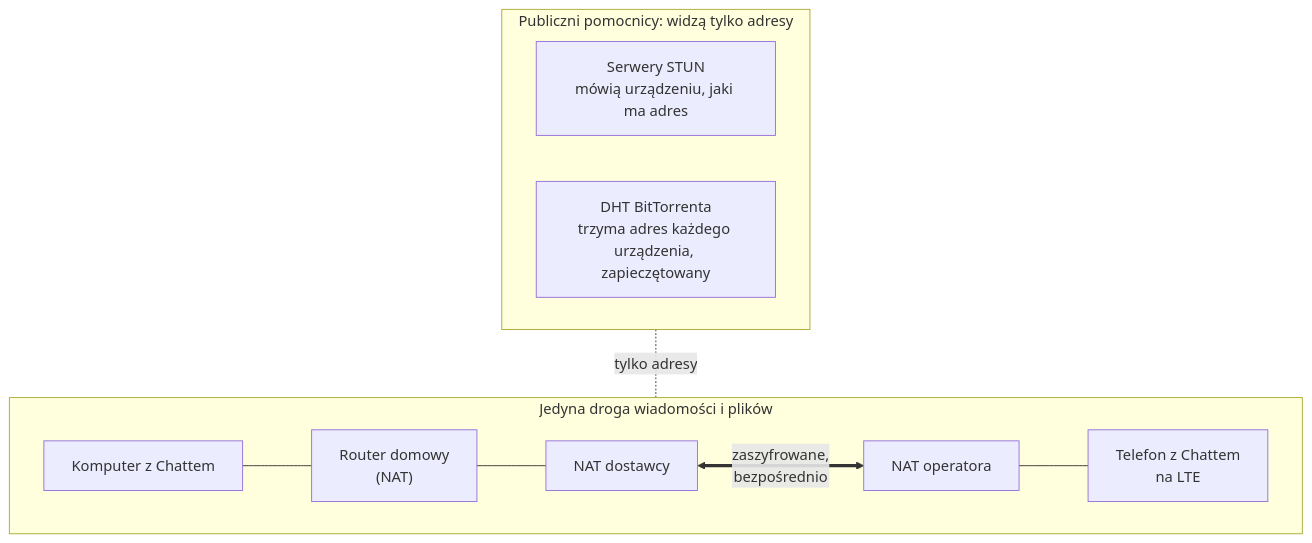
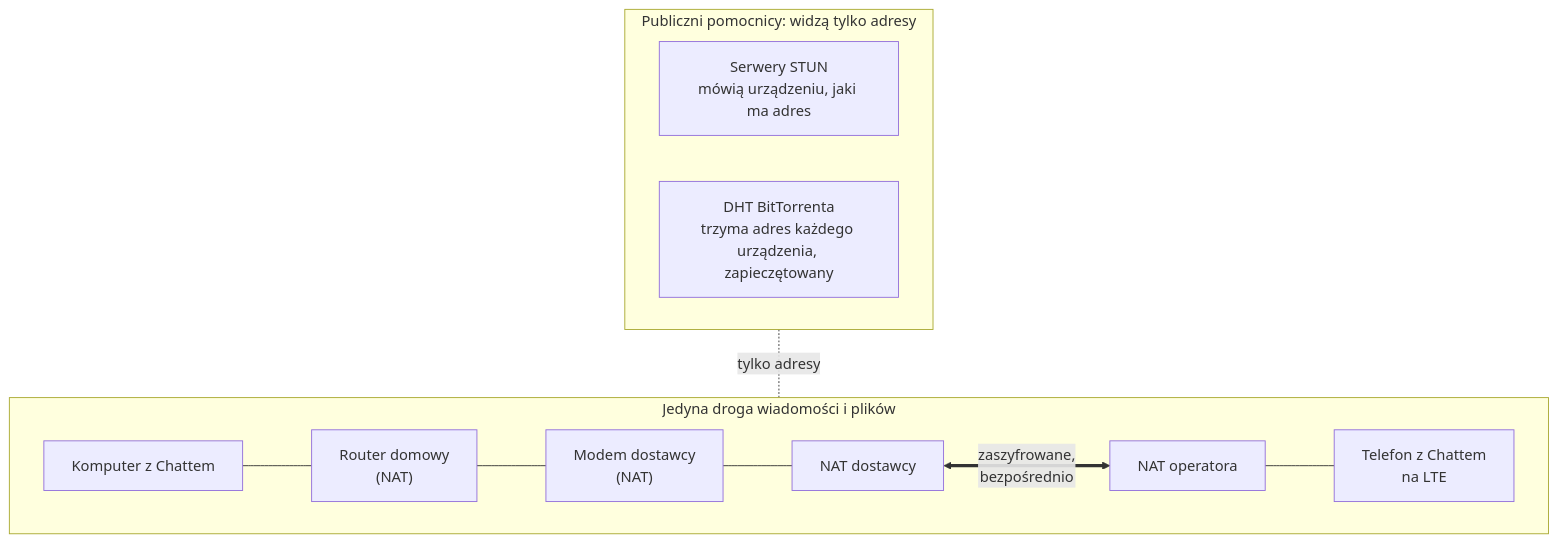
One commit to Mysttic/Chatt changed the first of 2 diagrams in docs/internet.pl.md. Above: the diagram before and after it, drawn with Mermaid. The commit also changed 1 other file, not shown here.

Commit message:
Internet page: the diagram shows all three NAT layers at home (#68)

````diff
--- a/docs/internet.pl.md
+++ b/docs/internet.pl.md
@@ -96,13 +96,13 @@
 ```mermaid
 flowchart TB
     subgraph helpers["Publiczni pomocnicy: widzą tylko adresy"]
         direction LR
         STUN["Serwery STUN<br/>mówią urządzeniu, jaki ma adres"]
         DHT["DHT BitTorrenta<br/>trzyma adres każdego urządzenia, zapieczętowany"]
     end
     subgraph path["Jedyna droga wiadomości i plików"]
         direction LR
-        PC["Komputer z Chattem"] --- R1["Router domowy<br/>(NAT)"] --- R2["NAT dostawcy"] <== "zaszyfrowane,<br/>bezpośrednio" ==> CG["NAT operatora"] --- TEL["Telefon z Chattem<br/>na LTE"]
+        PC["Komputer z Chattem"] --- R1["Router domowy<br/>(NAT)"] --- RM["Modem dostawcy<br/>(NAT)"] --- R2["NAT dostawcy"] <== "zaszyfrowane,<br/>bezpośrednio" ==> CG["NAT operatora"] --- TEL["Telefon z Chattem<br/>na LTE"]
     end
     helpers -. "tylko adresy" .- path
 ```
````
